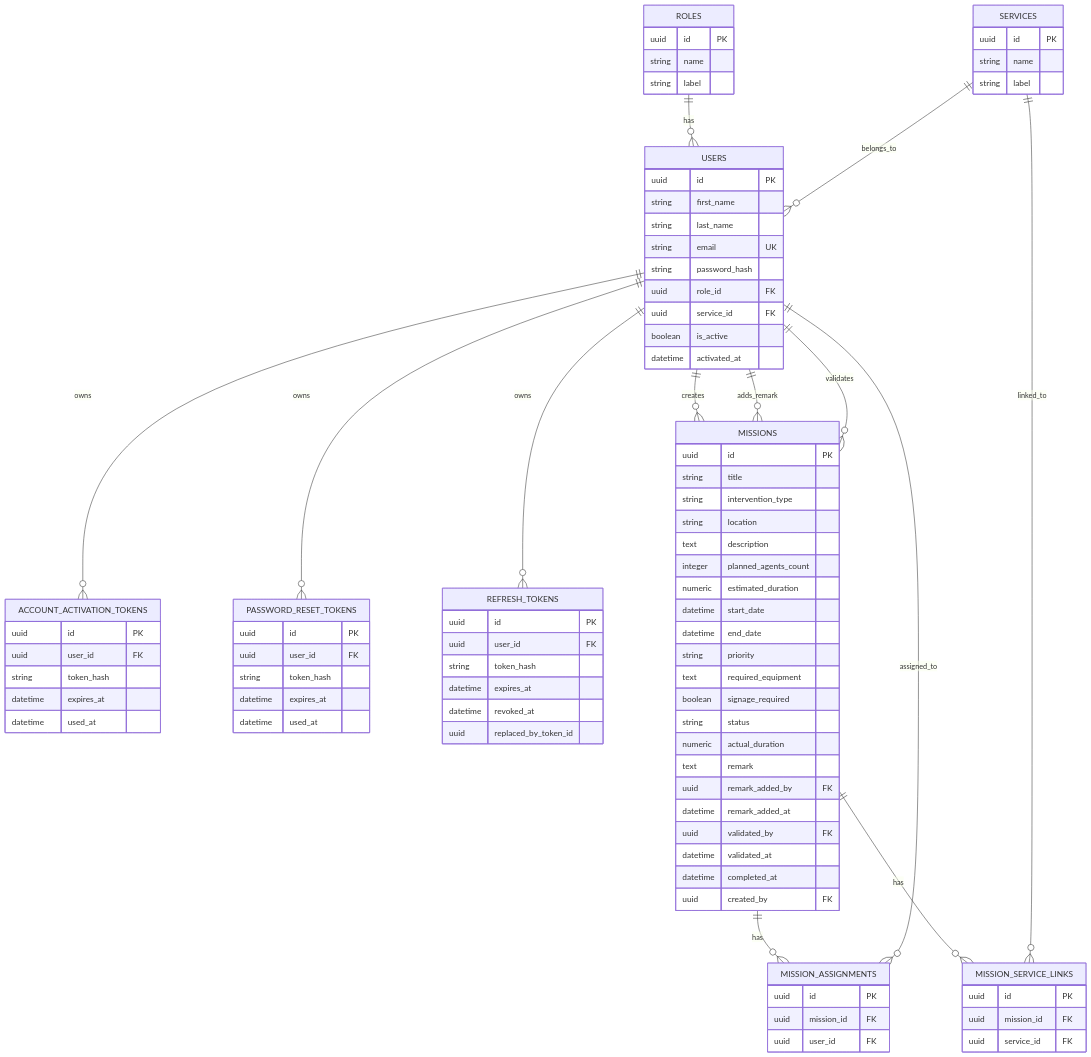
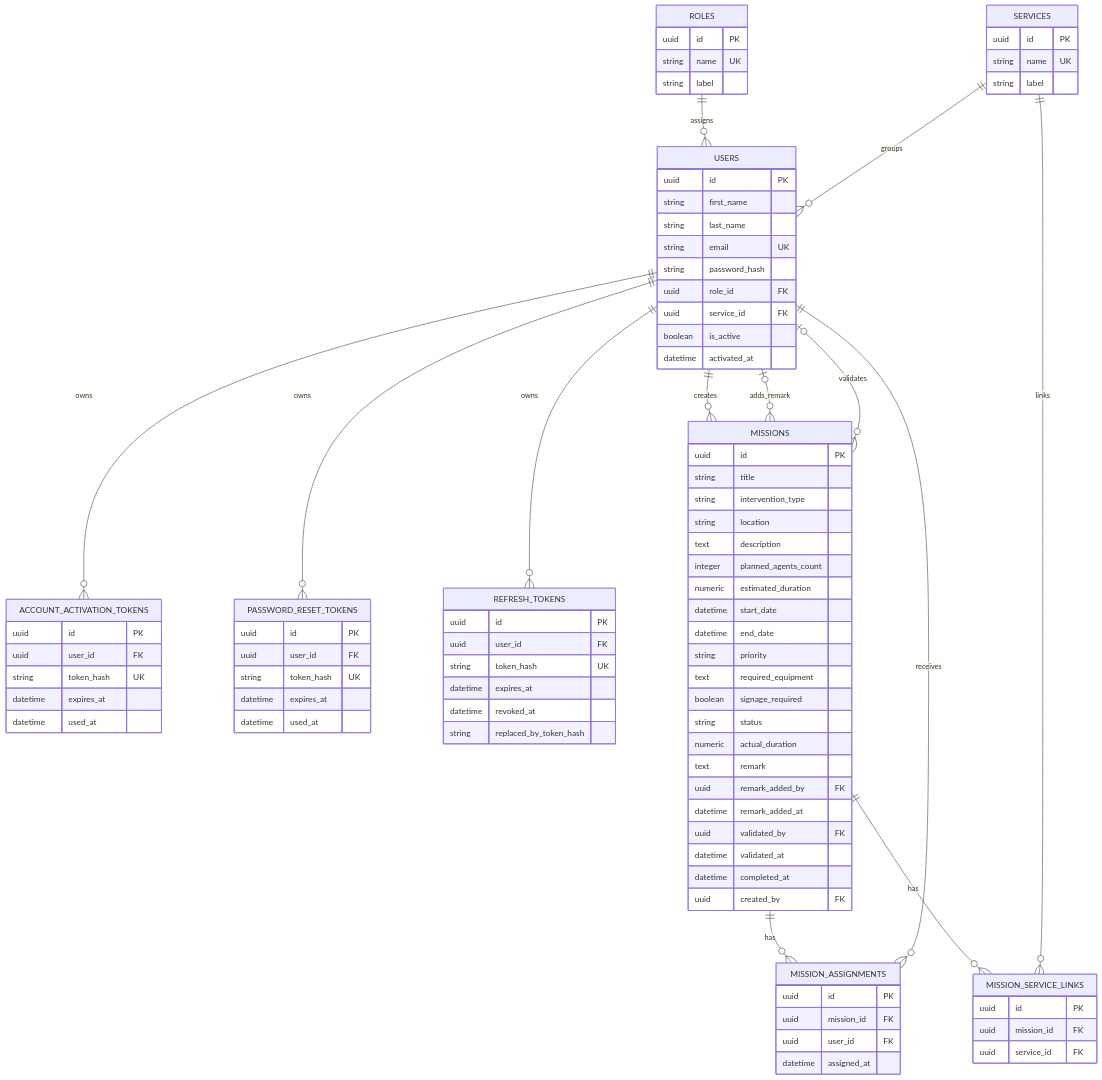
One commit to Alreix/CADRI changed the second of 3 diagrams in README.md. Above: the diagram before and after it, drawn with Mermaid. The commit also changed other lines of this file and 1 other file, not shown here.

Commit message:
docs: remove unused backend readme and improve diagram

````diff
--- a/README.md
+++ b/README.md
@@ -207,31 +242,31 @@
 ```mermaid
 erDiagram
-    ROLES ||--o{ USERS : has
-    SERVICES ||--o{ USERS : belongs_to
+        ROLES ||--o{ USERS : assigns
+    SERVICES ||--o{ USERS : groups
 
     USERS ||--o{ ACCOUNT_ACTIVATION_TOKENS : owns
     USERS ||--o{ PASSWORD_RESET_TOKENS : owns
     USERS ||--o{ REFRESH_TOKENS : owns
 
     USERS ||--o{ MISSIONS : creates
-    USERS ||--o{ MISSIONS : adds_remark
-    USERS ||--o{ MISSIONS : validates
+    USERS o|--o{ MISSIONS : adds_remark
+    USERS o|--o{ MISSIONS : validates
 
     MISSIONS ||--o{ MISSION_ASSIGNMENTS : has
-    USERS ||--o{ MISSION_ASSIGNMENTS : assigned_to
+    USERS ||--o{ MISSION_ASSIGNMENTS : receives
 
     MISSIONS ||--o{ MISSION_SERVICE_LINKS : has
-    SERVICES ||--o{ MISSION_SERVICE_LINKS : linked_to
+    SERVICES ||--o{ MISSION_SERVICE_LINKS : links
 
     ROLES {
         uuid id PK
-        string name
+        string name UK
         string label
     }
 
     SERVICES {
         uuid id PK
-        string name
+        string name UK
         string label
     }
 
@@ -275,6 +310,7 @@
         uuid id PK
         uuid mission_id FK
         uuid user_id FK
+        datetime assigned_at
     }
 
     MISSION_SERVICE_LINKS {
@@ -286,7 +322,7 @@
     ACCOUNT_ACTIVATION_TOKENS {
         uuid id PK
         uuid user_id FK
-        string token_hash
+        string token_hash UK
         datetime expires_at
         datetime used_at
     }
@@ -294,7 +330,7 @@
     PASSWORD_RESET_TOKENS {
         uuid id PK
         uuid user_id FK
-        string token_hash
+        string token_hash UK
         datetime expires_at
         datetime used_at
     }
@@ -302,9 +338,13 @@
     REFRESH_TOKENS {
         uuid id PK
         uuid user_id FK
-        string token_hash
+        string token_hash UK
         datetime expires_at
         datetime revoked_at
-        uuid replaced_by_token_id
+        string replaced_by_token_hash
     }
+
+    %% All entities inherit created_at and updated_at from BaseModel.
+    %% MissionAssignment has a unique constraint on mission_id + user_id.
+    %% MissionServiceLink has a unique constraint on mission_id + service_id.
 ```
````
